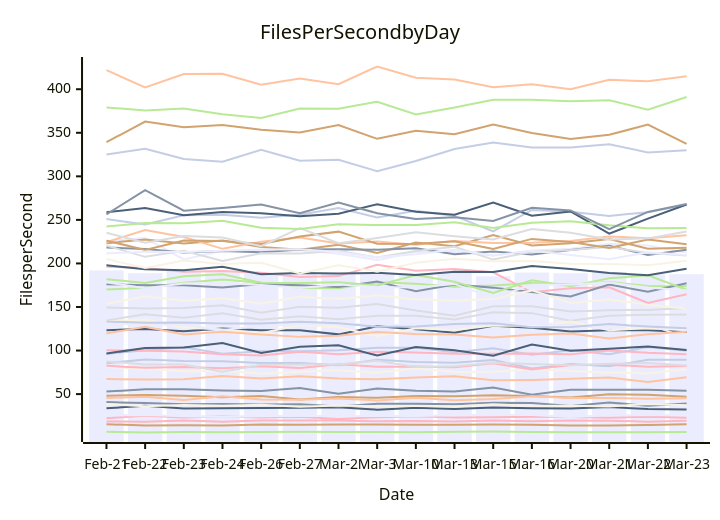
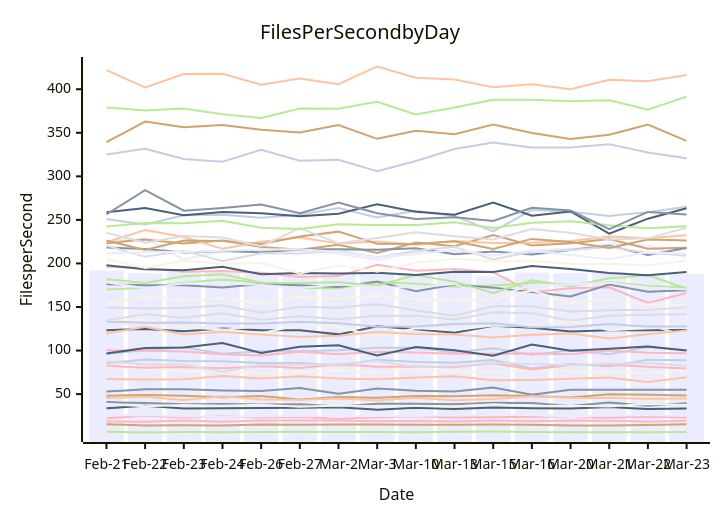
The diagram in perf-report.md (streetsidesoftware/cspell), drawn with Mermaid before and after one commit. The commit also changed other lines of this file and 2 other files, not shown here.

````diff
--- a/perf-report.md
+++ b/perf-report.md
@@ -11,57 +11,57 @@
 ```mermaid
 xychart-beta
     title Files Per Second by Day
     y-axis Files per Second
     x-axis Date [Feb-21, Feb-22, Feb-23, Feb-24, Feb-26, Feb-27, Mar-2, Mar-3, Mar-10, Mar-13, Mar-15, Mar-16, Mar-20, Mar-21, Mar-22, Mar-23]
-    bar [191.93, 188.84, 190.95, 190.14, 188.86, 187.47, 189.15, 187.99, 188.38, 189.98, 185.21, 189.57, 188.63, 189.87, 187.45, 187.70]
-    line [52.87, 55.45, 55.44, 54.09, 53.55, 56.91, 50.34, 56.33, 53.77, 52.96, 57.64, 49.40, 55.01, 55.07, 55.14, 53.96]
-    line [67.31, 66.82, 66.94, 70.88, 67.89, 70.56, 67.78, 66.98, 69.18, 70.51, 65.83, 66.30, 67.73, 68.98, 63.91, 69.34]
-    line [134.61, 141.79, 137.76, 142.75, 135.42, 139.26, 136.06, 139.99, 140.01, 135.63, 143.93, 142.95, 134.36, 139.82, 141.15, 141.50]
-    line [379.15, 375.70, 377.89, 371.33, 366.95, 377.92, 377.66, 385.69, 370.91, 378.91, 387.90, 387.80, 386.06, 387.41, 376.59, 391.05]
-    line [48.18, 49.05, 48.06, 46.41, 47.91, 43.77, 46.60, 45.68, 47.70, 47.47, 48.64, 47.90, 46.22, 49.72, 49.15, 46.90]
-    line [96.15, 100.38, 103.85, 96.33, 99.09, 99.19, 100.48, 103.18, 103.33, 98.05, 102.55, 95.32, 100.34, 95.68, 103.94, 99.74]
-    line [22.32, 25.16, 23.04, 24.66, 23.19, 24.07, 21.50, 23.56, 24.56, 23.16, 23.57, 24.07, 23.83, 22.72, 24.07, 22.74]
-    line [33.66, 36.75, 33.50, 33.75, 33.98, 34.43, 34.99, 32.10, 34.36, 33.03, 34.53, 33.80, 33.49, 35.23, 32.80, 32.21]
-    line [81.29, 78.95, 76.37, 76.80, 73.75, 75.77, 77.40, 74.68, 79.36, 75.39, 75.58, 78.40, 76.58, 74.92, 73.83, 78.64]
-    line [225.56, 229.20, 204.56, 214.62, 214.22, 215.21, 211.23, 203.79, 213.30, 213.00, 209.05, 214.75, 216.78, 222.67, 220.47, 212.47]
-    line [40.82, 39.75, 38.29, 38.55, 38.02, 38.35, 35.65, 38.90, 38.99, 38.46, 40.13, 39.77, 36.42, 40.38, 36.50, 39.20]
-    line [45.50, 46.89, 43.13, 47.48, 43.86, 43.58, 44.95, 42.68, 45.79, 43.00, 44.30, 47.55, 45.42, 45.55, 44.76, 45.17]
-    line [149.55, 148.15, 148.90, 152.11, 143.30, 150.41, 149.07, 153.47, 146.06, 140.05, 150.95, 150.81, 144.94, 146.39, 146.52, 148.81]
-    line [6.67, 5.92, 6.38, 6.30, 6.44, 6.78, 6.62, 6.55, 6.32, 6.79, 7.12, 6.59, 6.35, 6.19, 6.26, 6.59]
-    line [223.30, 227.37, 223.02, 226.36, 218.81, 215.75, 221.50, 212.02, 224.11, 219.75, 232.68, 220.52, 223.12, 228.15, 216.79, 217.90]
-    line [85.47, 89.64, 87.93, 87.72, 85.68, 85.69, 83.26, 89.40, 86.73, 86.09, 89.20, 79.46, 84.64, 82.02, 89.37, 89.51]
-    line [196.29, 194.82, 190.50, 191.36, 189.34, 184.31, 185.47, 198.42, 191.68, 193.62, 189.84, 166.89, 171.60, 172.56, 154.71, 164.71]
-    line [123.36, 124.67, 122.06, 125.40, 123.31, 123.27, 118.58, 127.90, 124.38, 120.45, 128.40, 126.26, 121.85, 123.29, 123.31, 121.15]
-    line [133.27, 135.57, 126.55, 124.20, 119.96, 129.35, 126.96, 116.50, 125.61, 123.50, 128.64, 128.22, 133.34, 123.28, 125.66, 124.24]
-    line [131.04, 130.26, 129.44, 123.58, 128.31, 129.87, 130.27, 130.71, 127.81, 125.76, 132.01, 131.14, 128.67, 125.67, 130.11, 114.86]
-    line [218.19, 216.61, 212.54, 214.33, 212.86, 215.99, 216.40, 215.81, 217.40, 210.64, 213.63, 210.38, 215.44, 220.20, 209.66, 215.72]
-    line [224.47, 238.32, 230.44, 216.76, 225.02, 229.69, 222.82, 225.14, 221.56, 225.82, 223.33, 223.62, 225.78, 230.86, 229.00, 232.48]
-    line [220.46, 207.58, 214.51, 202.85, 211.79, 211.44, 214.66, 206.78, 214.22, 219.20, 204.44, 213.42, 215.32, 218.95, 211.96, 209.21]
-    line [170.09, 171.99, 177.77, 181.65, 177.93, 171.71, 171.61, 178.31, 176.56, 173.19, 174.63, 177.66, 175.92, 178.79, 174.01, 173.87]
-    line [226.17, 215.58, 226.36, 225.70, 222.46, 230.96, 236.51, 222.64, 222.38, 225.56, 216.60, 228.18, 224.68, 217.69, 227.52, 221.95]
-    line [250.90, 244.70, 255.35, 256.03, 252.54, 255.82, 263.63, 252.65, 260.43, 254.55, 236.73, 261.47, 259.22, 254.59, 258.80, 267.39]
-    line [82.42, 80.37, 81.15, 79.72, 81.93, 80.10, 84.29, 81.35, 81.66, 80.93, 85.41, 78.19, 83.51, 83.81, 81.43, 82.37]
-    line [258.83, 263.71, 255.40, 259.16, 257.65, 254.22, 257.02, 267.92, 259.39, 256.02, 269.97, 254.79, 259.65, 234.19, 251.38, 267.64]
-    line [38.51, 36.10, 37.37, 36.52, 37.66, 35.60, 37.02, 36.08, 36.38, 35.91, 38.37, 36.25, 36.61, 35.87, 38.67, 37.31]
-    line [211.55, 213.31, 213.15, 214.61, 215.98, 216.39, 213.20, 207.00, 210.46, 215.67, 209.05, 214.60, 209.59, 204.82, 212.94, 209.82]
-    line [176.10, 175.03, 175.02, 172.48, 176.50, 175.06, 173.05, 179.29, 168.17, 175.84, 172.23, 167.20, 162.09, 175.73, 167.53, 177.30]
-    line [421.85, 402.15, 417.55, 417.69, 405.05, 412.32, 405.86, 426.09, 413.29, 411.20, 402.18, 405.65, 399.88, 410.92, 409.10, 414.81]
-    line [235.21, 223.87, 231.37, 229.84, 219.75, 240.64, 223.28, 229.19, 235.85, 231.18, 227.46, 239.47, 235.22, 227.41, 228.79, 236.68]
-    line [242.45, 246.48, 246.10, 248.98, 240.98, 239.52, 244.96, 243.99, 244.22, 247.23, 240.74, 246.80, 248.37, 243.77, 240.29, 240.59]
-    line [15.41, 14.08, 14.28, 13.96, 14.98, 14.69, 15.09, 15.05, 14.93, 14.92, 15.23, 14.84, 14.06, 13.99, 14.45, 15.33]
-    line [133.46, 131.83, 132.27, 131.01, 131.00, 133.00, 131.45, 127.22, 127.60, 130.54, 131.20, 126.76, 126.98, 130.36, 127.52, 125.60]
-    line [100.27, 99.76, 98.90, 95.69, 94.30, 98.50, 95.82, 98.55, 97.82, 96.22, 96.21, 96.60, 95.61, 100.00, 97.34, 95.82]
-    line [96.66, 102.79, 103.56, 108.60, 97.11, 104.32, 106.04, 94.30, 104.19, 100.36, 94.07, 106.95, 99.82, 102.15, 104.63, 100.64]
-    line [153.59, 162.30, 157.06, 159.96, 153.79, 161.66, 159.28, 163.36, 159.01, 157.48, 159.10, 169.05, 154.54, 158.47, 152.54, 148.26]
-    line [25.65, 25.87, 24.49, 24.03, 24.62, 25.06, 24.45, 24.76, 24.74, 25.60, 26.18, 25.98, 23.83, 25.61, 25.64, 25.88]
-    line [256.27, 284.25, 260.54, 263.62, 267.57, 257.62, 270.01, 257.62, 250.97, 253.10, 248.68, 263.99, 260.91, 239.46, 259.16, 268.32]
-    line [119.61, 127.43, 118.55, 121.57, 118.53, 115.70, 116.93, 121.24, 118.95, 118.40, 114.99, 118.14, 119.47, 113.95, 118.70, 121.50]
-    line [87.47, 84.08, 83.91, 75.76, 83.59, 84.08, 83.89, 88.30, 81.02, 82.11, 85.90, 84.63, 82.99, 84.87, 85.57, 82.70]
-    line [181.98, 177.56, 185.31, 187.50, 177.93, 177.54, 178.41, 174.58, 186.65, 179.06, 166.05, 180.55, 173.75, 182.92, 186.30, 169.77]
-    line [339.22, 362.80, 356.26, 358.85, 353.61, 350.32, 358.90, 343.06, 352.21, 348.39, 359.59, 349.81, 342.75, 347.71, 359.34, 337.28]
-    line [325.03, 331.76, 320.00, 316.72, 330.45, 317.84, 319.02, 305.87, 317.67, 331.44, 338.69, 332.97, 333.24, 336.87, 327.34, 330.03]
-    line [18.46, 18.38, 19.68, 18.34, 19.60, 19.60, 19.63, 18.78, 19.22, 18.67, 19.78, 18.71, 19.79, 19.47, 18.35, 19.31]
-    line [197.80, 193.32, 192.22, 196.28, 187.50, 189.10, 188.54, 189.19, 186.81, 190.52, 190.26, 197.02, 193.75, 189.15, 186.42, 193.97]
-    line [205.00, 194.87, 203.28, 199.45, 200.84, 188.59, 197.81, 190.62, 200.86, 205.50, 202.63, 202.69, 199.56, 199.40, 197.96, 202.99]
-    line [178.32, 171.39, 176.96, 177.51, 175.27, 171.69, 175.82, 173.02, 172.27, 176.52, 160.55, 175.49, 175.91, 178.24, 172.29, 168.83]
+    bar [191.93, 188.84, 190.95, 190.14, 188.86, 187.47, 189.15, 187.99, 188.38, 189.98, 185.21, 189.57, 188.63, 189.87, 187.45, 187.93]
+    line [52.87, 55.45, 55.44, 54.09, 53.55, 56.91, 50.34, 56.33, 53.77, 52.96, 57.64, 49.40, 55.01, 55.07, 55.14, 54.97]
+    line [67.31, 66.82, 66.94, 70.88, 67.89, 70.56, 67.78, 66.98, 69.18, 70.51, 65.83, 66.30, 67.73, 68.98, 63.91, 69.35]
+    line [134.61, 141.79, 137.76, 142.75, 135.42, 139.26, 136.06, 139.99, 140.01, 135.63, 143.93, 142.95, 134.36, 139.82, 141.15, 141.79]
+    line [379.15, 375.70, 377.89, 371.33, 366.95, 377.92, 377.66, 385.69, 370.91, 378.91, 387.90, 387.80, 386.06, 387.41, 376.59, 391.51]
+    line [48.18, 49.05, 48.06, 46.41, 47.91, 43.77, 46.60, 45.68, 47.70, 47.47, 48.64, 47.90, 46.22, 49.72, 49.15, 48.47]
+    line [96.15, 100.38, 103.85, 96.33, 99.09, 99.19, 100.48, 103.18, 103.33, 98.05, 102.55, 95.32, 100.34, 95.68, 103.94, 100.49]
+    line [22.32, 25.16, 23.04, 24.66, 23.19, 24.07, 21.50, 23.56, 24.56, 23.16, 23.57, 24.07, 23.83, 22.72, 24.07, 23.01]
+    line [33.66, 36.75, 33.50, 33.75, 33.98, 34.43, 34.99, 32.10, 34.36, 33.03, 34.53, 33.80, 33.49, 35.23, 32.80, 33.41]
+    line [81.29, 78.95, 76.37, 76.80, 73.75, 75.77, 77.40, 74.68, 79.36, 75.39, 75.58, 78.40, 76.58, 74.92, 73.83, 77.77]
+    line [225.56, 229.20, 204.56, 214.62, 214.22, 215.21, 211.23, 203.79, 213.30, 213.00, 209.05, 214.75, 216.78, 222.67, 220.47, 206.28]
+    line [40.82, 39.75, 38.29, 38.55, 38.02, 38.35, 35.65, 38.90, 38.99, 38.46, 40.13, 39.77, 36.42, 40.38, 36.50, 39.38]
+    line [45.50, 46.89, 43.13, 47.48, 43.86, 43.58, 44.95, 42.68, 45.79, 43.00, 44.30, 47.55, 45.42, 45.55, 44.76, 44.94]
+    line [149.55, 148.15, 148.90, 152.11, 143.30, 150.41, 149.07, 153.47, 146.06, 140.05, 150.95, 150.81, 144.94, 146.39, 146.52, 149.65]
+    line [6.67, 5.92, 6.38, 6.30, 6.44, 6.78, 6.62, 6.55, 6.32, 6.79, 7.12, 6.59, 6.35, 6.19, 6.26, 6.60]
+    line [223.30, 227.37, 223.02, 226.36, 218.81, 215.75, 221.50, 212.02, 224.11, 219.75, 232.68, 220.52, 223.12, 228.15, 216.79, 218.07]
+    line [85.47, 89.64, 87.93, 87.72, 85.68, 85.69, 83.26, 89.40, 86.73, 86.09, 89.20, 79.46, 84.64, 82.02, 89.37, 88.80]
+    line [196.29, 194.82, 190.50, 191.36, 189.34, 184.31, 185.47, 198.42, 191.68, 193.62, 189.84, 166.89, 171.60, 172.56, 154.71, 166.00]
+    line [123.36, 124.67, 122.06, 125.40, 123.31, 123.27, 118.58, 127.90, 124.38, 120.45, 128.40, 126.26, 121.85, 123.29, 123.31, 123.57]
+    line [133.27, 135.57, 126.55, 124.20, 119.96, 129.35, 126.96, 116.50, 125.61, 123.50, 128.64, 128.22, 133.34, 123.28, 125.66, 126.65]
+    line [131.04, 130.26, 129.44, 123.58, 128.31, 129.87, 130.27, 130.71, 127.81, 125.76, 132.01, 131.14, 128.67, 125.67, 130.11, 116.06]
+    line [218.19, 216.61, 212.54, 214.33, 212.86, 215.99, 216.40, 215.81, 217.40, 210.64, 213.63, 210.38, 215.44, 220.20, 209.66, 217.73]
+    line [224.47, 238.32, 230.44, 216.76, 225.02, 229.69, 222.82, 225.14, 221.56, 225.82, 223.33, 223.62, 225.78, 230.86, 229.00, 232.44]
+    line [220.46, 207.58, 214.51, 202.85, 211.79, 211.44, 214.66, 206.78, 214.22, 219.20, 204.44, 213.42, 215.32, 218.95, 211.96, 209.30]
+    line [170.09, 171.99, 177.77, 181.65, 177.93, 171.71, 171.61, 178.31, 176.56, 173.19, 174.63, 177.66, 175.92, 178.79, 174.01, 172.30]
+    line [226.17, 215.58, 226.36, 225.70, 222.46, 230.96, 236.51, 222.64, 222.38, 225.56, 216.60, 228.18, 224.68, 217.69, 227.52, 226.28]
+    line [250.90, 244.70, 255.35, 256.03, 252.54, 255.82, 263.63, 252.65, 260.43, 254.55, 236.73, 261.47, 259.22, 254.59, 258.80, 265.17]
+    line [82.42, 80.37, 81.15, 79.72, 81.93, 80.10, 84.29, 81.35, 81.66, 80.93, 85.41, 78.19, 83.51, 83.81, 81.43, 79.47]
+    line [258.83, 263.71, 255.40, 259.16, 257.65, 254.22, 257.02, 267.92, 259.39, 256.02, 269.97, 254.79, 259.65, 234.19, 251.38, 263.45]
+    line [38.51, 36.10, 37.37, 36.52, 37.66, 35.60, 37.02, 36.08, 36.38, 35.91, 38.37, 36.25, 36.61, 35.87, 38.67, 37.37]
+    line [211.55, 213.31, 213.15, 214.61, 215.98, 216.39, 213.20, 207.00, 210.46, 215.67, 209.05, 214.60, 209.59, 204.82, 212.94, 211.50]
+    line [176.10, 175.03, 175.02, 172.48, 176.50, 175.06, 173.05, 179.29, 168.17, 175.84, 172.23, 167.20, 162.09, 175.73, 167.53, 169.26]
+    line [421.85, 402.15, 417.55, 417.69, 405.05, 412.32, 405.86, 426.09, 413.29, 411.20, 402.18, 405.65, 399.88, 410.92, 409.10, 416.42]
+    line [235.21, 223.87, 231.37, 229.84, 219.75, 240.64, 223.28, 229.19, 235.85, 231.18, 227.46, 239.47, 235.22, 227.41, 228.79, 241.01]
+    line [242.45, 246.48, 246.10, 248.98, 240.98, 239.52, 244.96, 243.99, 244.22, 247.23, 240.74, 246.80, 248.37, 243.77, 240.29, 242.61]
+    line [15.41, 14.08, 14.28, 13.96, 14.98, 14.69, 15.09, 15.05, 14.93, 14.92, 15.23, 14.84, 14.06, 13.99, 14.45, 15.39]
+    line [133.46, 131.83, 132.27, 131.01, 131.00, 133.00, 131.45, 127.22, 127.60, 130.54, 131.20, 126.76, 126.98, 130.36, 127.52, 127.75]
+    line [100.27, 99.76, 98.90, 95.69, 94.30, 98.50, 95.82, 98.55, 97.82, 96.22, 96.21, 96.60, 95.61, 100.00, 97.34, 96.90]
+    line [96.66, 102.79, 103.56, 108.60, 97.11, 104.32, 106.04, 94.30, 104.19, 100.36, 94.07, 106.95, 99.82, 102.15, 104.63, 100.11]
+    line [153.59, 162.30, 157.06, 159.96, 153.79, 161.66, 159.28, 163.36, 159.01, 157.48, 159.10, 169.05, 154.54, 158.47, 152.54, 153.40]
+    line [25.65, 25.87, 24.49, 24.03, 24.62, 25.06, 24.45, 24.76, 24.74, 25.60, 26.18, 25.98, 23.83, 25.61, 25.64, 25.22]
+    line [256.27, 284.25, 260.54, 263.62, 267.57, 257.62, 270.01, 257.62, 250.97, 253.10, 248.68, 263.99, 260.91, 239.46, 259.16, 256.10]
+    line [119.61, 127.43, 118.55, 121.57, 118.53, 115.70, 116.93, 121.24, 118.95, 118.40, 114.99, 118.14, 119.47, 113.95, 118.70, 123.16]
+    line [87.47, 84.08, 83.91, 75.76, 83.59, 84.08, 83.89, 88.30, 81.02, 82.11, 85.90, 84.63, 82.99, 84.87, 85.57, 82.40]
+    line [181.98, 177.56, 185.31, 187.50, 177.93, 177.54, 178.41, 174.58, 186.65, 179.06, 166.05, 180.55, 173.75, 182.92, 186.30, 171.18]
+    line [339.22, 362.80, 356.26, 358.85, 353.61, 350.32, 358.90, 343.06, 352.21, 348.39, 359.59, 349.81, 342.75, 347.71, 359.34, 340.76]
+    line [325.03, 331.76, 320.00, 316.72, 330.45, 317.84, 319.02, 305.87, 317.67, 331.44, 338.69, 332.97, 333.24, 336.87, 327.34, 320.84]
+    line [18.46, 18.38, 19.68, 18.34, 19.60, 19.60, 19.63, 18.78, 19.22, 18.67, 19.78, 18.71, 19.79, 19.47, 18.35, 19.30]
+    line [197.80, 193.32, 192.22, 196.28, 187.50, 189.10, 188.54, 189.19, 186.81, 190.52, 190.26, 197.02, 193.75, 189.15, 186.42, 190.28]
+    line [205.00, 194.87, 203.28, 199.45, 200.84, 188.59, 197.81, 190.62, 200.86, 205.50, 202.63, 202.69, 199.56, 199.40, 197.96, 202.91]
+    line [178.32, 171.39, 176.96, 177.51, 175.27, 171.69, 175.82, 173.02, 172.27, 176.52, 160.55, 175.49, 175.91, 178.24, 172.29, 170.07]
 ```
````
